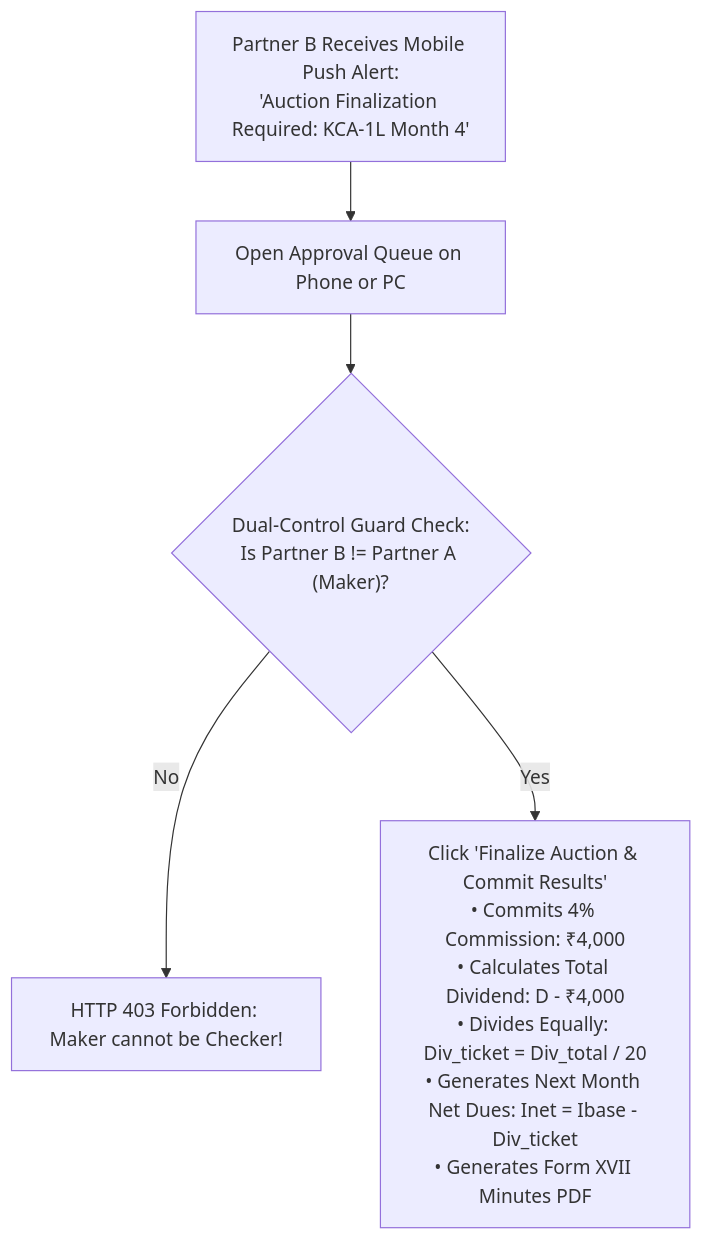
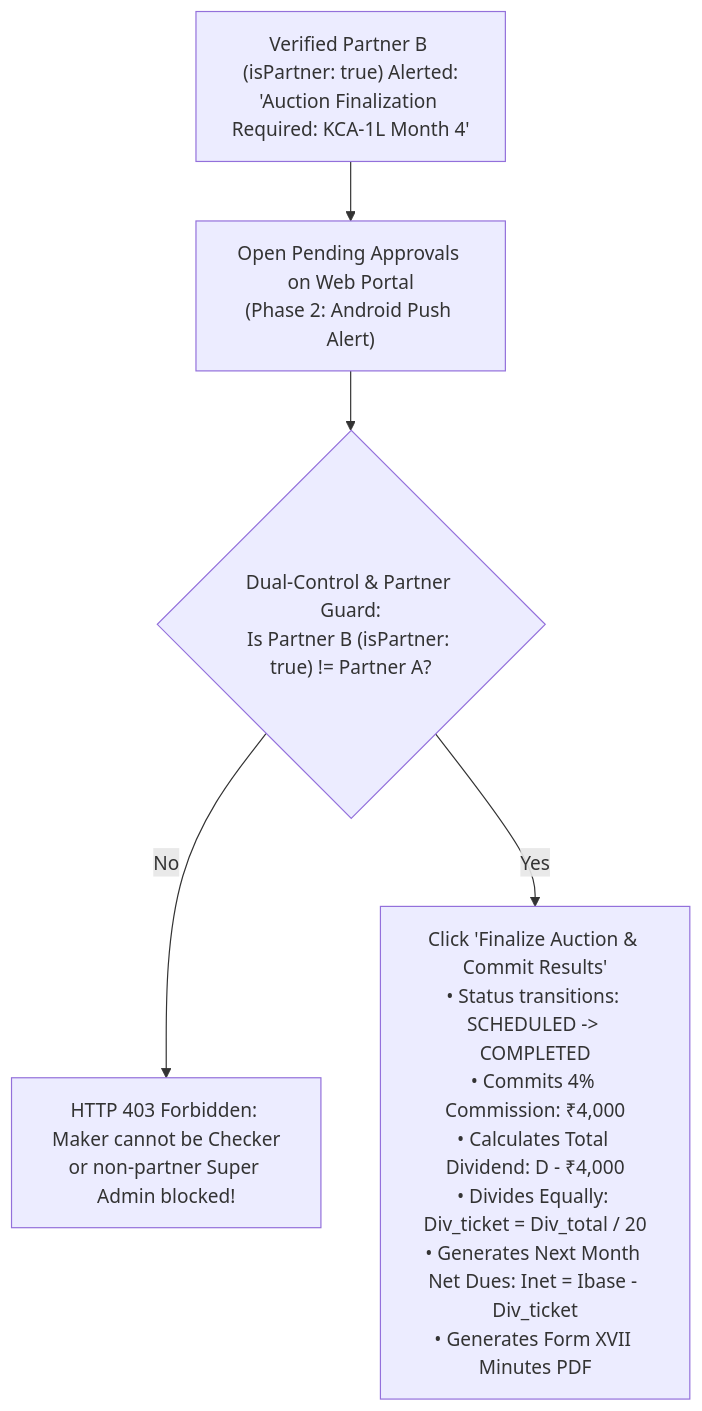
One commit to Kathir-24/Kumaran-finance changed the sixth of 15 diagrams in docs/07-operations/user-manuals/admin-foreman-manual.md. Above: the diagram before and after it, drawn with Mermaid. The commit also changed other lines of this file and 4 other files, not shown here.

````diff
--- a/docs/07-operations/user-manuals/admin-foreman-manual.md
+++ b/docs/07-operations/user-manuals/admin-foreman-manual.md
@@ -166,7 +166,7 @@
 ```mermaid
 flowchart TD
-    Push["Partner B Receives Mobile Push Alert:\n'Auction Finalization Required: KCA-1L Month 4'"] --> Open["Open Approval Queue on Phone or PC"]
-    Open --> Guard{"Dual-Control Guard Check:\nIs Partner B != Partner A (Maker)?"}
-    Guard -- No --> Deny["HTTP 403 Forbidden: Maker cannot be Checker!"]
-    Guard -- Yes --> Commit["Click 'Finalize Auction & Commit Results'\n• Commits 4% Commission: ₹4,000\n• Calculates Total Dividend: D - ₹4,000\n• Divides Equally: Div_ticket = Div_total / 20\n• Generates Next Month Net Dues: Inet = Ibase - Div_ticket\n• Generates Form XVII Minutes PDF"]
+    Push["Verified Partner B (isPartner: true) Alerted:\n'Auction Finalization Required: KCA-1L Month 4'"] --> Open["Open Pending Approvals on Web Portal\n(Phase 2: Android Push Alert)"]
+    Open --> Guard{"Dual-Control & Partner Guard:\nIs Partner B (isPartner: true) != Partner A?"}
+    Guard -- No --> Deny["HTTP 403 Forbidden: Maker cannot be Checker\nor non-partner Super Admin blocked!"]
+    Guard -- Yes --> Commit["Click 'Finalize Auction & Commit Results'\n• Status transitions: SCHEDULED -> COMPLETED\n• Commits 4% Commission: ₹4,000\n• Calculates Total Dividend: D - ₹4,000\n• Divides Equally: Div_ticket = Div_total / 20\n• Generates Next Month Net Dues: Inet = Ibase - Div_ticket\n• Generates Form XVII Minutes PDF"]
 ```
````
